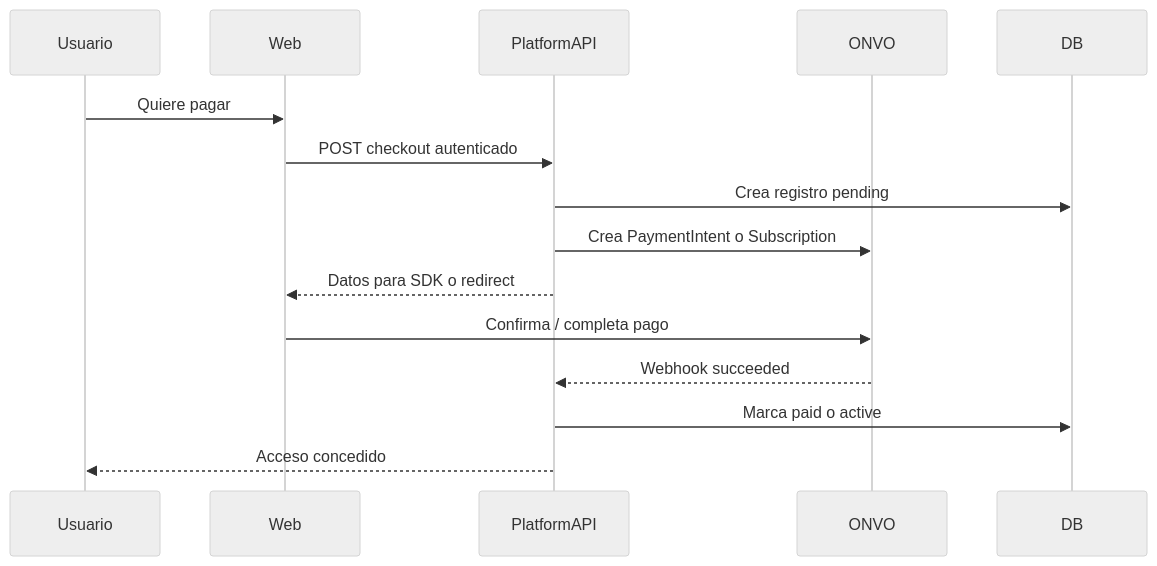
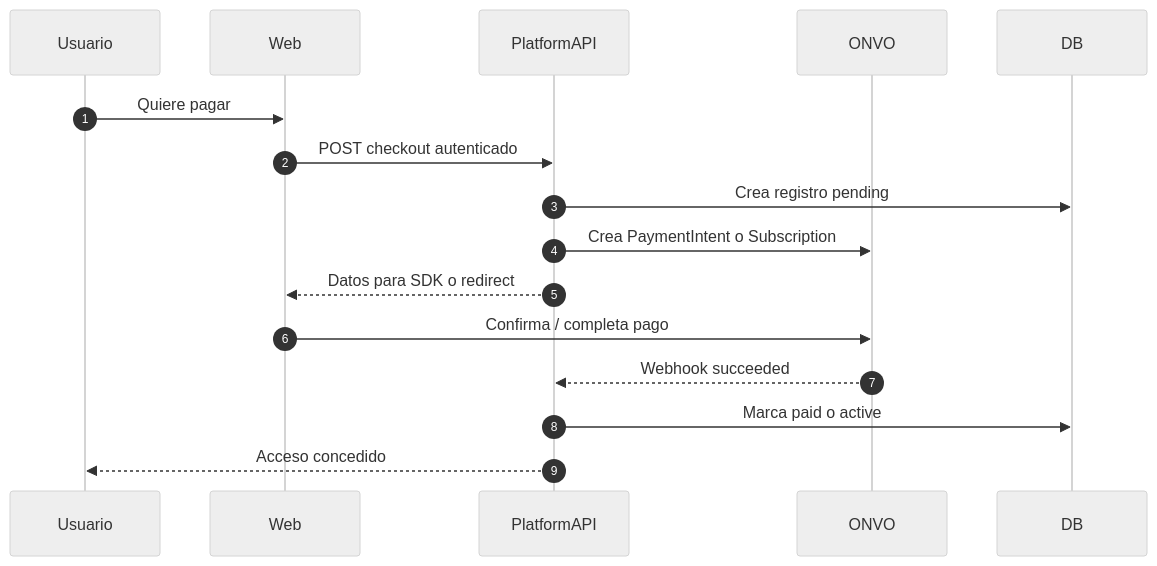
One commit to PlatformCR/Platform changed the second of 2 diagrams in 04-Learning Path/00-fundamentos/02-mapa-del-sistema.md. Above: the diagram before and after it, drawn with Mermaid (neutral theme). The commit also changed other lines of this file and 10 other files, not shown here.

````diff
--- a/04-Learning Path/00-fundamentos/02-mapa-del-sistema.md
+++ b/04-Learning Path/00-fundamentos/02-mapa-del-sistema.md
@@ -60,18 +80,19 @@
 ```mermaid
 sequenceDiagram
+  autonumber
   participant U as Usuario
   participant W as Web
   participant A as PlatformAPI
   participant O as ONVO
   participant D as DB
 
   U->>W: Quiere pagar
   W->>A: POST checkout autenticado
   A->>D: Crea registro pending
   A->>O: Crea PaymentIntent o Subscription
   A-->>W: Datos para SDK o redirect
   W->>O: Confirma / completa pago
   O-->>A: Webhook succeeded
   A->>D: Marca paid o active
   A-->>U: Acceso concedido
 ```
````
